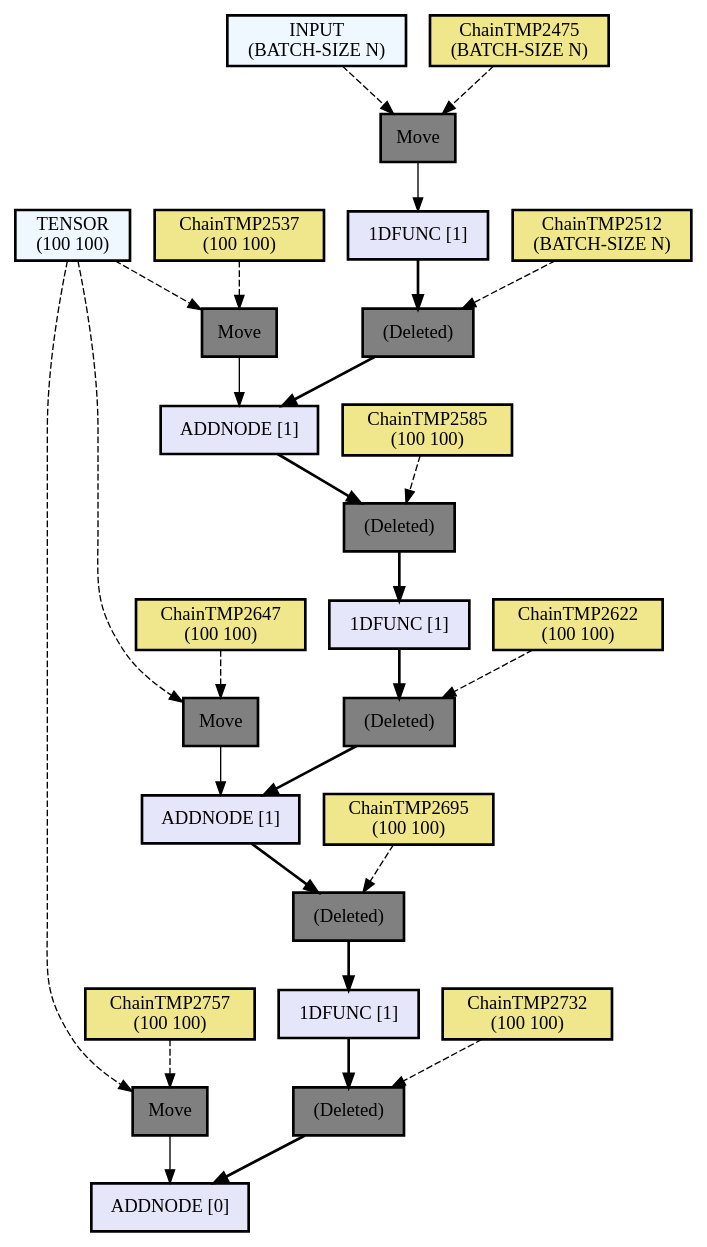
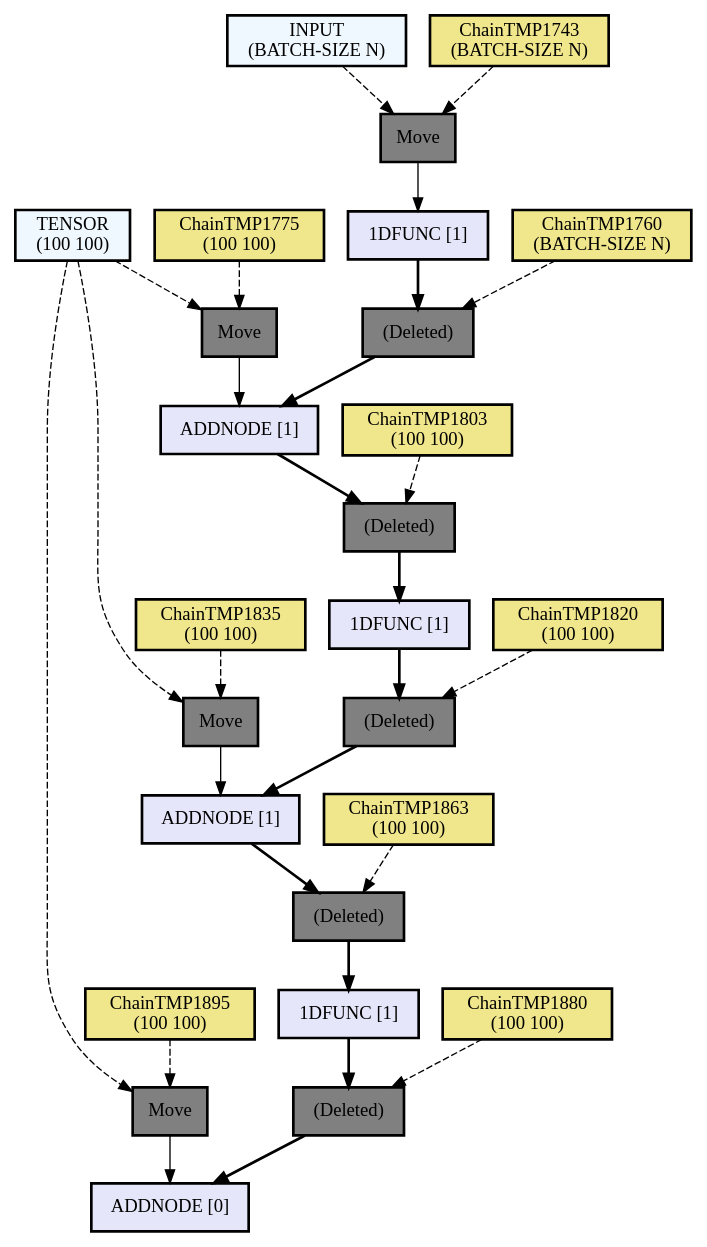
The diagram in assets/out1.dot (hikettei/cl-waffe2), drawn with Graphviz before and after one commit. The commit also changed 2 other files, not shown here.

Commit message:
Deleted: Unused eval

```diff
--- a/assets/out1.dot
+++ b/assets/out1.dot
@@ -1,71 +1,71 @@
 digraph computation_node {
   node[shape="box" style="filled" color="black" penwidth="2"];
   TENSOR [label = "TENSOR
 (100 100)" fillcolor="#f0f8ff" style="filled, solid"];
-  ChainTMP2757 [label = "ChainTMP2757
+  ChainTMP1895 [label = "ChainTMP1895
 (100 100)" fillcolor="#f0e68c" style="filled, solid"];
-  NODE2871 [label = "Move" fillcolor="gray" style="filled, solid"];
+  NODE1979 [label = "Move" fillcolor="gray" style="filled, solid"];
   TENSOR [label = "TENSOR
 (100 100)" fillcolor="#f0f8ff" style="filled, solid"];
-  ChainTMP2647 [label = "ChainTMP2647
+  ChainTMP1835 [label = "ChainTMP1835
 (100 100)" fillcolor="#f0e68c" style="filled, solid"];
-  NODE2868 [label = "Move" fillcolor="gray" style="filled, solid"];
+  NODE1976 [label = "Move" fillcolor="gray" style="filled, solid"];
   TENSOR [label = "TENSOR
 (100 100)" fillcolor="#f0f8ff" style="filled, solid"];
-  ChainTMP2537 [label = "ChainTMP2537
+  ChainTMP1775 [label = "ChainTMP1775
 (100 100)" fillcolor="#f0e68c" style="filled, solid"];
-  NODE2865 [label = "Move" fillcolor="gray" style="filled, solid"];
+  NODE1973 [label = "Move" fillcolor="gray" style="filled, solid"];
   INPUT [label = "INPUT
 (BATCH-SIZE N)" fillcolor="#f0f8ff" style="filled, solid"];
-  ChainTMP2475 [label = "ChainTMP2475
+  ChainTMP1743 [label = "ChainTMP1743
 (BATCH-SIZE N)" fillcolor="#f0e68c" style="filled, solid"];
-  NODE2862 [label = "Move" fillcolor="gray" style="filled, solid"];
-  NODE2861 [label = "1DFUNC [1]" fillcolor="#e6e6fa" style="filled, solid"];
-  ChainTMP2512 [label = "ChainTMP2512
+  NODE1970 [label = "Move" fillcolor="gray" style="filled, solid"];
+  NODE1969 [label = "1DFUNC [1]" fillcolor="#e6e6fa" style="filled, solid"];
+  ChainTMP1760 [label = "ChainTMP1760
 (BATCH-SIZE N)" fillcolor="#f0e68c" style="filled, solid"];
-  NODE2859 [label = "(Deleted)" fillcolor="gray" style="filled, solid"];
-  NODE2858 [label = "ADDNODE [1]" fillcolor="#e6e6fa" style="filled, solid"];
-  ChainTMP2585 [label = "ChainTMP2585
+  NODE1967 [label = "(Deleted)" fillcolor="gray" style="filled, solid"];
+  NODE1966 [label = "ADDNODE [1]" fillcolor="#e6e6fa" style="filled, solid"];
+  ChainTMP1803 [label = "ChainTMP1803
 (100 100)" fillcolor="#f0e68c" style="filled, solid"];
-  NODE2856 [label = "(Deleted)" fillcolor="gray" style="filled, solid"];
-  NODE2855 [label = "1DFUNC [1]" fillcolor="#e6e6fa" style="filled, solid"];
-  ChainTMP2622 [label = "ChainTMP2622
+  NODE1964 [label = "(Deleted)" fillcolor="gray" style="filled, solid"];
+  NODE1963 [label = "1DFUNC [1]" fillcolor="#e6e6fa" style="filled, solid"];
+  ChainTMP1820 [label = "ChainTMP1820
 (100 100)" fillcolor="#f0e68c" style="filled, solid"];
-  NODE2853 [label = "(Deleted)" fillcolor="gray" style="filled, solid"];
-  NODE2852 [label = "ADDNODE [1]" fillcolor="#e6e6fa" style="filled, solid"];
-  ChainTMP2695 [label = "ChainTMP2695
+  NODE1961 [label = "(Deleted)" fillcolor="gray" style="filled, solid"];
+  NODE1960 [label = "ADDNODE [1]" fillcolor="#e6e6fa" style="filled, solid"];
+  ChainTMP1863 [label = "ChainTMP1863
 (100 100)" fillcolor="#f0e68c" style="filled, solid"];
-  NODE2850 [label = "(Deleted)" fillcolor="gray" style="filled, solid"];
-  NODE2849 [label = "1DFUNC [1]" fillcolor="#e6e6fa" style="filled, solid"];
-  ChainTMP2732 [label = "ChainTMP2732
+  NODE1958 [label = "(Deleted)" fillcolor="gray" style="filled, solid"];
+  NODE1957 [label = "1DFUNC [1]" fillcolor="#e6e6fa" style="filled, solid"];
+  ChainTMP1880 [label = "ChainTMP1880
 (100 100)" fillcolor="#f0e68c" style="filled, solid"];
-  NODE2847 [label = "(Deleted)" fillcolor="gray" style="filled, solid"];
-  NODE2846 [label = "ADDNODE [0]" fillcolor="#e6e6fa" style="filled, solid"];
-  NODE2847 -> NODE2846[penwidth="2"];
-  ChainTMP2732 -> NODE2847[style="dashed"];
-  NODE2849 -> NODE2847[penwidth="2"];
-  NODE2850 -> NODE2849[penwidth="2"];
-  ChainTMP2695 -> NODE2850[style="dashed"];
-  NODE2852 -> NODE2850[penwidth="2"];
-  NODE2853 -> NODE2852[penwidth="2"];
-  ChainTMP2622 -> NODE2853[style="dashed"];
-  NODE2855 -> NODE2853[penwidth="2"];
-  NODE2856 -> NODE2855[penwidth="2"];
-  ChainTMP2585 -> NODE2856[style="dashed"];
-  NODE2858 -> NODE2856[penwidth="2"];
-  NODE2859 -> NODE2858[penwidth="2"];
-  ChainTMP2512 -> NODE2859[style="dashed"];
-  NODE2861 -> NODE2859[penwidth="2"];
-  NODE2862 -> NODE2861[weight=10];
-  ChainTMP2475 -> NODE2862[style="dashed"];
-  INPUT -> NODE2862[style="dashed"];
-  NODE2865 -> NODE2858[weight=10];
-  ChainTMP2537 -> NODE2865[style="dashed"];
-  TENSOR -> NODE2865[style="dashed"];
-  NODE2868 -> NODE2852[weight=10];
-  ChainTMP2647 -> NODE2868[style="dashed"];
-  TENSOR -> NODE2868[style="dashed"];
-  NODE2871 -> NODE2846[weight=10];
-  ChainTMP2757 -> NODE2871[style="dashed"];
-  TENSOR -> NODE2871[style="dashed"];
+  NODE1955 [label = "(Deleted)" fillcolor="gray" style="filled, solid"];
+  NODE1954 [label = "ADDNODE [0]" fillcolor="#e6e6fa" style="filled, solid"];
+  NODE1955 -> NODE1954[penwidth="2"];
+  ChainTMP1880 -> NODE1955[style="dashed"];
+  NODE1957 -> NODE1955[penwidth="2"];
+  NODE1958 -> NODE1957[penwidth="2"];
+  ChainTMP1863 -> NODE1958[style="dashed"];
+  NODE1960 -> NODE1958[penwidth="2"];
+  NODE1961 -> NODE1960[penwidth="2"];
+  ChainTMP1820 -> NODE1961[style="dashed"];
+  NODE1963 -> NODE1961[penwidth="2"];
+  NODE1964 -> NODE1963[penwidth="2"];
+  ChainTMP1803 -> NODE1964[style="dashed"];
+  NODE1966 -> NODE1964[penwidth="2"];
+  NODE1967 -> NODE1966[penwidth="2"];
+  ChainTMP1760 -> NODE1967[style="dashed"];
+  NODE1969 -> NODE1967[penwidth="2"];
+  NODE1970 -> NODE1969[weight=10];
+  ChainTMP1743 -> NODE1970[style="dashed"];
+  INPUT -> NODE1970[style="dashed"];
+  NODE1973 -> NODE1966[weight=10];
+  ChainTMP1775 -> NODE1973[style="dashed"];
+  TENSOR -> NODE1973[style="dashed"];
+  NODE1976 -> NODE1960[weight=10];
+  ChainTMP1835 -> NODE1976[style="dashed"];
+  TENSOR -> NODE1976[style="dashed"];
+  NODE1979 -> NODE1954[weight=10];
+  ChainTMP1895 -> NODE1979[style="dashed"];
+  TENSOR -> NODE1979[style="dashed"];
 }
```
